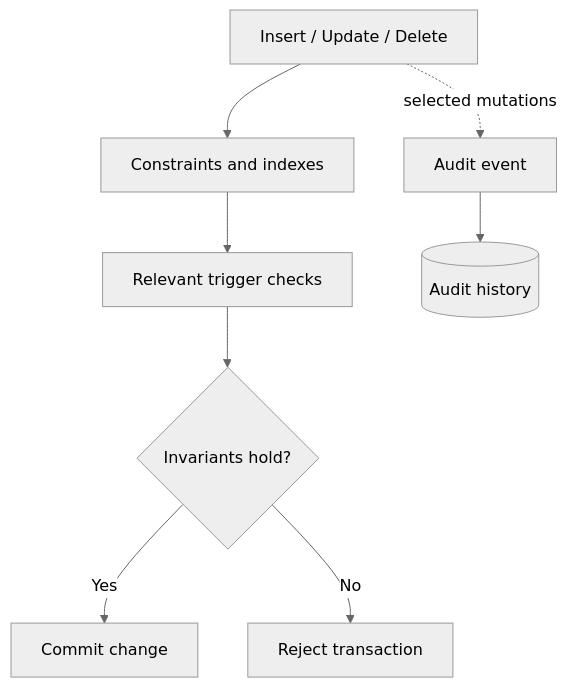
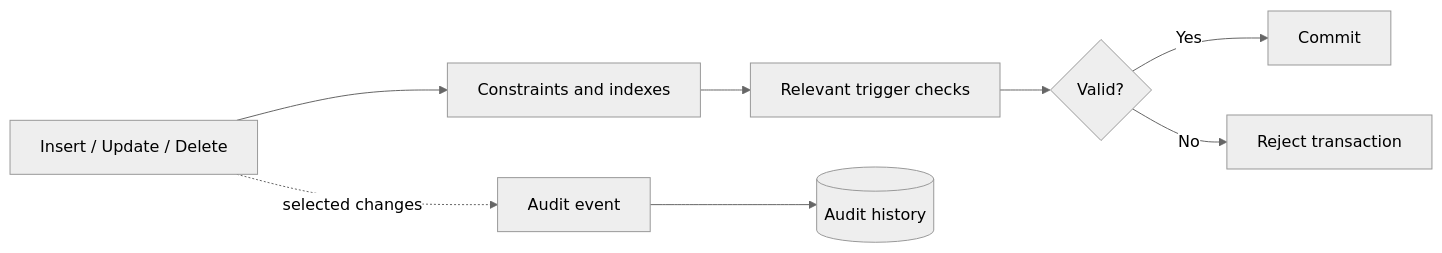
The diagram in docs/database-integrity.md (Nawaz393/enterprise-retail-saas-architecture), drawn with Mermaid (neutral theme) before and after one commit. The commit also changed other lines of this file and 21 other files, not shown here.

First line of the commit message:
Refactor documentation and diagrams for clarity and accuracy

````diff
--- a/docs/database-integrity.md
+++ b/docs/database-integrity.md
@@ -19,10 +15,10 @@
 ```mermaid
-flowchart TD
-    WRITE[Insert / Update / Delete] --> CONSTRAINTS[Constraints and indexes]
-    CONSTRAINTS --> TRIGGERS[Relevant trigger checks]
-    TRIGGERS --> VALID{Invariants hold?}
-    VALID -->|Yes| COMMIT[Commit change]
+flowchart LR
+    MUTATION[Insert / Update / Delete] --> RULES[Constraints and indexes]
+    RULES --> TRIGGER[Relevant trigger checks]
+    TRIGGER --> VALID{Valid?}
+    VALID -->|Yes| COMMIT[Commit]
     VALID -->|No| ROLLBACK[Reject transaction]
-    WRITE -. selected mutations .-> AUDIT[Audit event]
+    MUTATION -. selected changes .-> AUDIT[Audit event]
     AUDIT --> HISTORY[(Audit history)]
 ```
````
